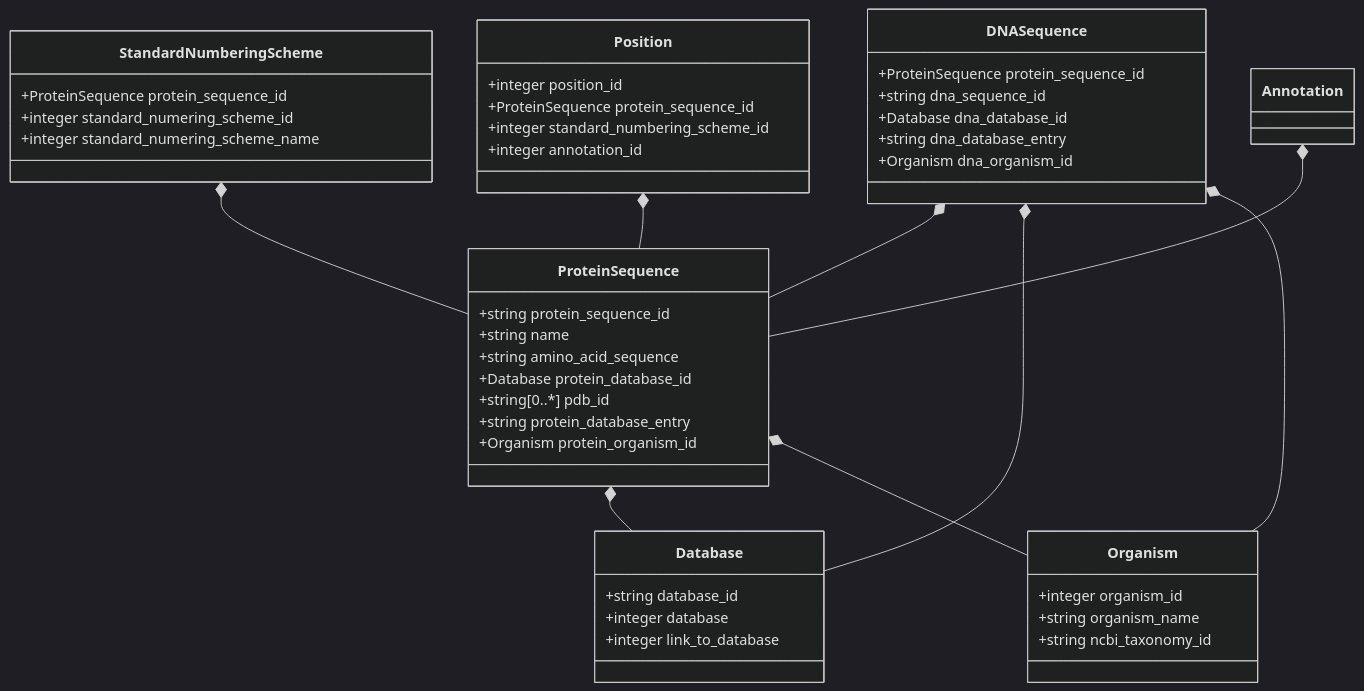
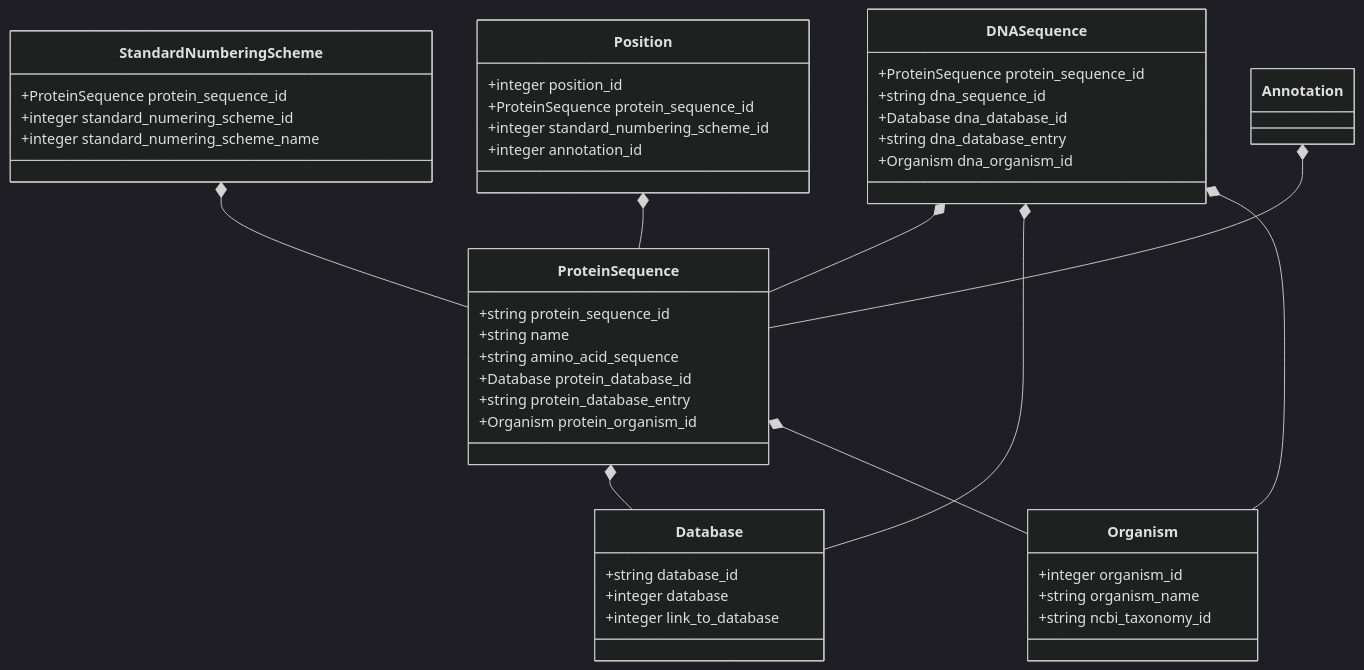
Before and after one commit to maxim945/PyEED-Fullprototype: the diagram in Database/schemes/-.md, drawn with Mermaid (dark theme). The commit also changed 7 other files, not shown here.

````diff
--- a/Database/schemes/-.md
+++ b/Database/schemes/-.md
@@ -1,55 +1,54 @@
 ```mermaid
 classDiagram
     ProteinSequence *-- Database
     ProteinSequence *-- Organism
     DNASequence *-- ProteinSequence
     DNASequence *-- Database
     DNASequence *-- Organism
     StandardNumberingScheme *-- ProteinSequence
     Position *-- ProteinSequence
     Annotation *-- ProteinSequence
     
     class ProteinSequence {
         +string protein_sequence_id
         +string name
         +string amino_acid_sequence
         +Database protein_database_id
-        +string[0..*] pdb_id
         +string protein_database_entry
         +Organism protein_organism_id
     }
     
     class DNASequence {
         +ProteinSequence protein_sequence_id
         +string dna_sequence_id
         +Database dna_database_id
         +string dna_database_entry
         +Organism dna_organism_id
     }
     
     class Organism {
         +integer organism_id
         +string organism_name
         +string ncbi_taxonomy_id
     }
     
     class Database {
         +string database_id
         +integer database
         +integer link_to_database
     }
     
     class StandardNumberingScheme {
         +ProteinSequence protein_sequence_id
         +integer standard_numering_scheme_id
         +integer standard_numering_scheme_name
     }
     
     class Position {
         +integer position_id
         +ProteinSequence protein_sequence_id
         +integer standard_numbering_scheme_id
         +integer annotation_id
     }
     
 ```
````
